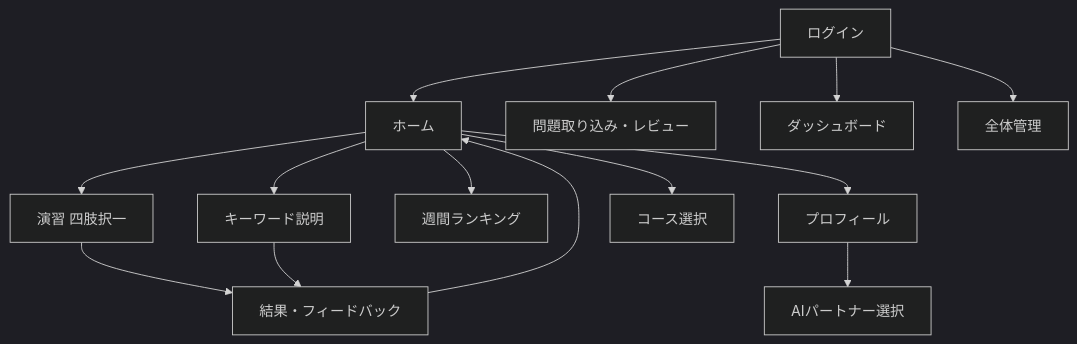
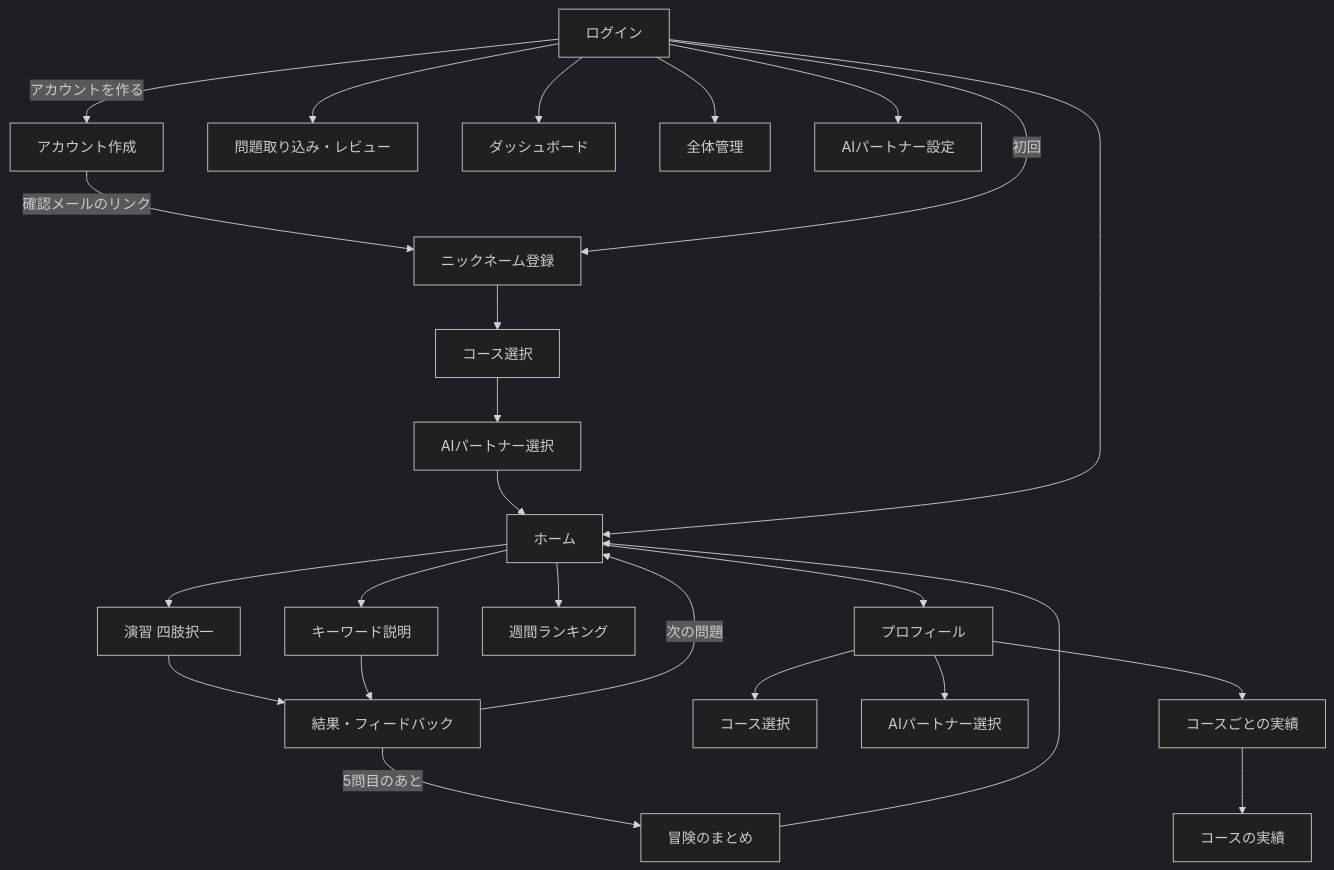
Before and after one commit to pocarialice/rpglearning: the sixth of 11 diagrams in documents/要件定義書_RPG学習アプリ.md, drawn with Mermaid (dark theme). The commit also changed other lines of this file and 1 other file, not shown here.

````diff
--- a/documents/要件定義書_RPG学習アプリ.md
+++ b/documents/要件定義書_RPG学習アプリ.md
@@ -278,16 +318,27 @@
 ```mermaid
 flowchart TD
-  S01[ログイン] --> S02[ホーム]
+  S01[ログイン] -->|アカウントを作る| SU[アカウント作成]
+  SU -->|確認メールのリンク| NN
+  S01 -->|初回| NN[ニックネーム登録]
+  NN --> S03a[コース選択]
+  S03a --> S09a[AIパートナー選択]
+  S09a --> S02
+  S01 --> S02[ホーム]
   S02 --> S04[演習 四肢択一]
   S02 --> S05[キーワード説明]
   S04 --> S06[結果・フィードバック]
   S05 --> S06
-  S06 --> S02
+  S06 -->|次の問題| S02
+  S06 -->|5問目のあと| S15[冒険のまとめ]
+  S15 --> S02
   S02 --> S07[週間ランキング]
   S02 --> S08[プロフィール]
-  S02 --> S03[コース選択]
+  S08 --> S03[コース選択]
   S08 --> S09[AIパートナー選択]
+  S08 --> S16[コースごとの実績]
+  S16 --> S17[コースの実績]
   S01 --> S11[問題取り込み・レビュー]
   S01 --> S12[ダッシュボード]
   S01 --> S13[全体管理]
+  S01 --> S14[AIパートナー設定]
 ```
````
